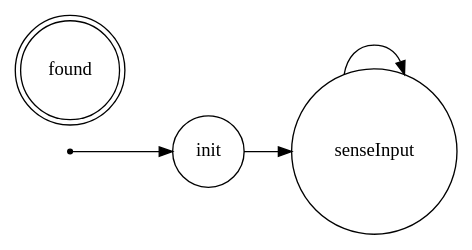
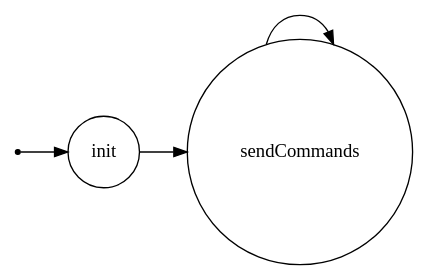
The diagram in TestCase2016Analysis/bin/it/unibo/operator/dotFsm.gv (PaoloSarti/EsameISS), drawn with Graphviz before and after one commit. The commit also changed 21 other files, not shown here.

```diff
--- a/TestCase2016Analysis/bin/it/unibo/operator/dotFsm.gv
+++ b/TestCase2016Analysis/bin/it/unibo/operator/dotFsm.gv
@@ -1,22 +1,22 @@
 /*
 *
 * A GraphViz DOT FSM description 
 * Please use a GraphViz visualizer (like http://www.webgraphviz.com)
 * 
 * Generated by AM,NC,RM
 *  
 */
  
 digraph finite_state_machine {
   	rankdir=LR;
   	size="8,5"
   	node [shape = point]; iniziale;
-  	node [shape = doublecircle]; found; 
+  	node [shape = doublecircle]; 
   	node [shape = circle];
   	iniziale -> init [label = ""];
   	
   	
-  	init -> senseInput [ label = ""];
+  	init -> sendCommands [ label = ""];
   	
-  	senseInput -> senseInput [ label = ""];
+  	sendCommands -> sendCommands [ label = ""];
 }
```
